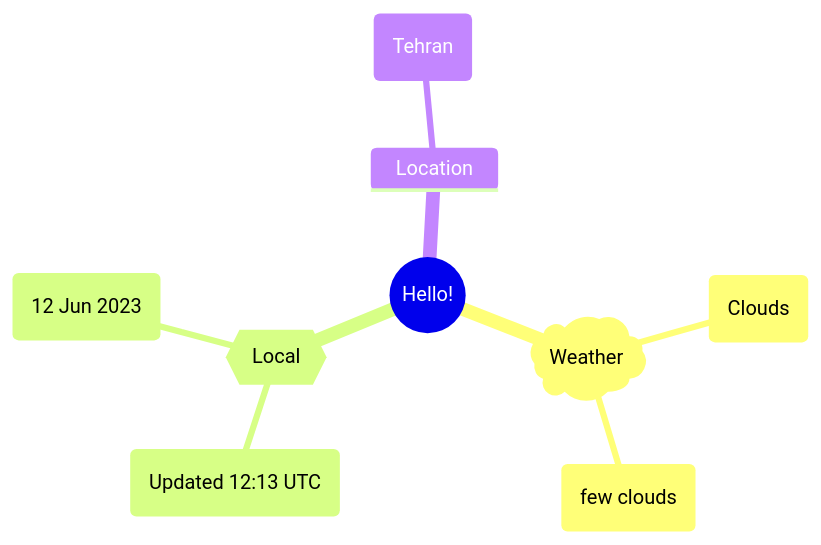
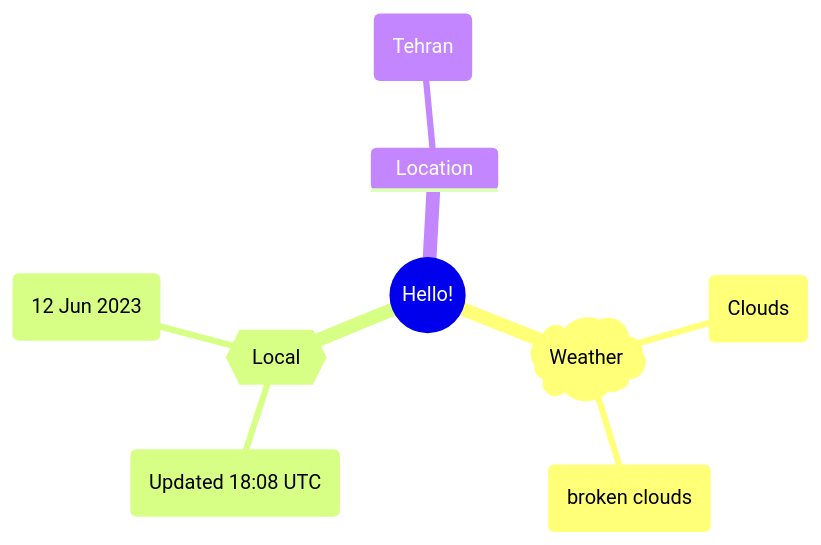
The first of 2 diagrams in README.md (Xosrov/Xosrov), drawn with Mermaid before and after one commit.

Commit message:
[bot] updated images

````diff
--- a/README.md
+++ b/README.md
@@ -3,12 +3,12 @@
 ```mermaid
 mindmap
   root((Hello!))
     )Weather(
         (Clouds)
-        (few clouds)
+        (broken clouds)
     {{Local}}
-        (Updated 12:13 UTC)
+        (Updated 18:08 UTC)
         (12 Jun 2023)
     Location
         (Tehran)
 ```
````
